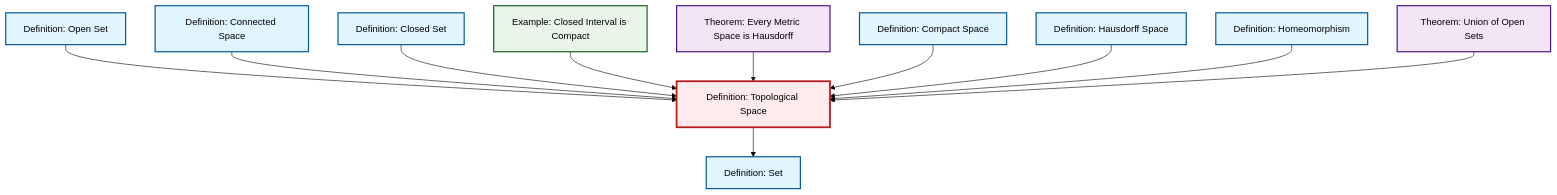
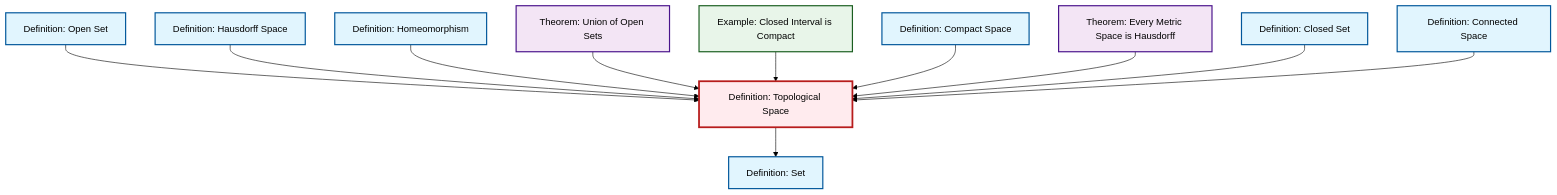
One commit to RK0429/ModernMath changed the diagram in content/en/topology/def-topological-space.qmd. Above: the diagram before and after it, drawn with Mermaid (forest theme). The commit also changed other lines of this file and 554 other files, not shown here.

````diff
--- a/content/en/topology/def-topological-space.qmd
+++ b/content/en/topology/def-topological-space.qmd
@@ -59,41 +59,41 @@
 ```{mermaid}
 %%| fig-cap: "Local dependency graph"
 graph TD
     classDef definition fill:#e1f5fe,stroke:#01579b,stroke-width:2px
     classDef theorem fill:#f3e5f5,stroke:#4a148c,stroke-width:2px
     classDef axiom fill:#fff3e0,stroke:#e65100,stroke-width:2px
     classDef example fill:#e8f5e9,stroke:#1b5e20,stroke-width:2px
     classDef current fill:#ffebee,stroke:#b71c1c,stroke-width:3px
+    thm-union-open-sets["Theorem: Union of Open Sets"]:::theorem
     thm-metric-hausdorff["Theorem: Every Metric Space is Hausdorff"]:::theorem
+    def-hausdorff["Definition: Hausdorff Space"]:::definition
+    def-connected["Definition: Connected Space"]:::definition
+    def-compact["Definition: Compact Space"]:::definition
+    def-open-set["Definition: Open Set"]:::definition
+    def-topological-space["Definition: Topological Space"]:::definition
+    def-closed-set["Definition: Closed Set"]:::definition
     def-set["Definition: Set"]:::definition
     def-homeomorphism["Definition: Homeomorphism"]:::definition
-    thm-union-open-sets["Theorem: Union of Open Sets"]:::theorem
-    def-topological-space["Definition: Topological Space"]:::definition
-    def-compact["Definition: Compact Space"]:::definition
     ex-closed-interval-compact["Example: Closed Interval is Compact"]:::example
-    def-open-set["Definition: Open Set"]:::definition
-    def-closed-set["Definition: Closed Set"]:::definition
-    def-hausdorff["Definition: Hausdorff Space"]:::definition
-    def-connected["Definition: Connected Space"]:::definition
     def-open-set --> def-topological-space
-    def-connected --> def-topological-space
-    def-closed-set --> def-topological-space
-    ex-closed-interval-compact --> def-topological-space
-    thm-metric-hausdorff --> def-topological-space
-    def-compact --> def-topological-space
     def-hausdorff --> def-topological-space
     def-homeomorphism --> def-topological-space
+    thm-union-open-sets --> def-topological-space
+    ex-closed-interval-compact --> def-topological-space
+    def-compact --> def-topological-space
+    thm-metric-hausdorff --> def-topological-space
+    def-closed-set --> def-topological-space
+    def-connected --> def-topological-space
     def-topological-space --> def-set
-    thm-union-open-sets --> def-topological-space
     class def-topological-space current
+    click thm-union-open-sets "thm-union-open-sets.html" "Go to Union of Open Sets theorem"
     click thm-metric-hausdorff "thm-metric-hausdorff.html" "Go to Every Metric Space is Hausdorff theorem"
+    click def-hausdorff "def-hausdorff.html" "Go to Hausdorff Space definition"
+    click def-connected "def-connected.html" "Go to Connected Space definition"
+    click def-compact "def-compact.html" "Go to Compact Space definition"
+    click def-open-set "def-open-set.html" "Go to Open Set definition"
+    click def-closed-set "def-closed-set.html" "Go to Closed Set definition"
     click def-set "def-set.html" "Go to Set definition"
     click def-homeomorphism "def-homeomorphism.html" "Go to Homeomorphism definition"
-    click thm-union-open-sets "thm-union-open-sets.html" "Go to Union of Open Sets theorem"
-    click def-compact "def-compact.html" "Go to Compact Space definition"
     click ex-closed-interval-compact "ex-closed-interval-compact.html" "Go to Closed Interval is Compact example"
-    click def-open-set "def-open-set.html" "Go to Open Set definition"
-    click def-closed-set "def-closed-set.html" "Go to Closed Set definition"
-    click def-hausdorff "def-hausdorff.html" "Go to Hausdorff Space definition"
-    click def-connected "def-connected.html" "Go to Connected Space definition"
 ```
````
